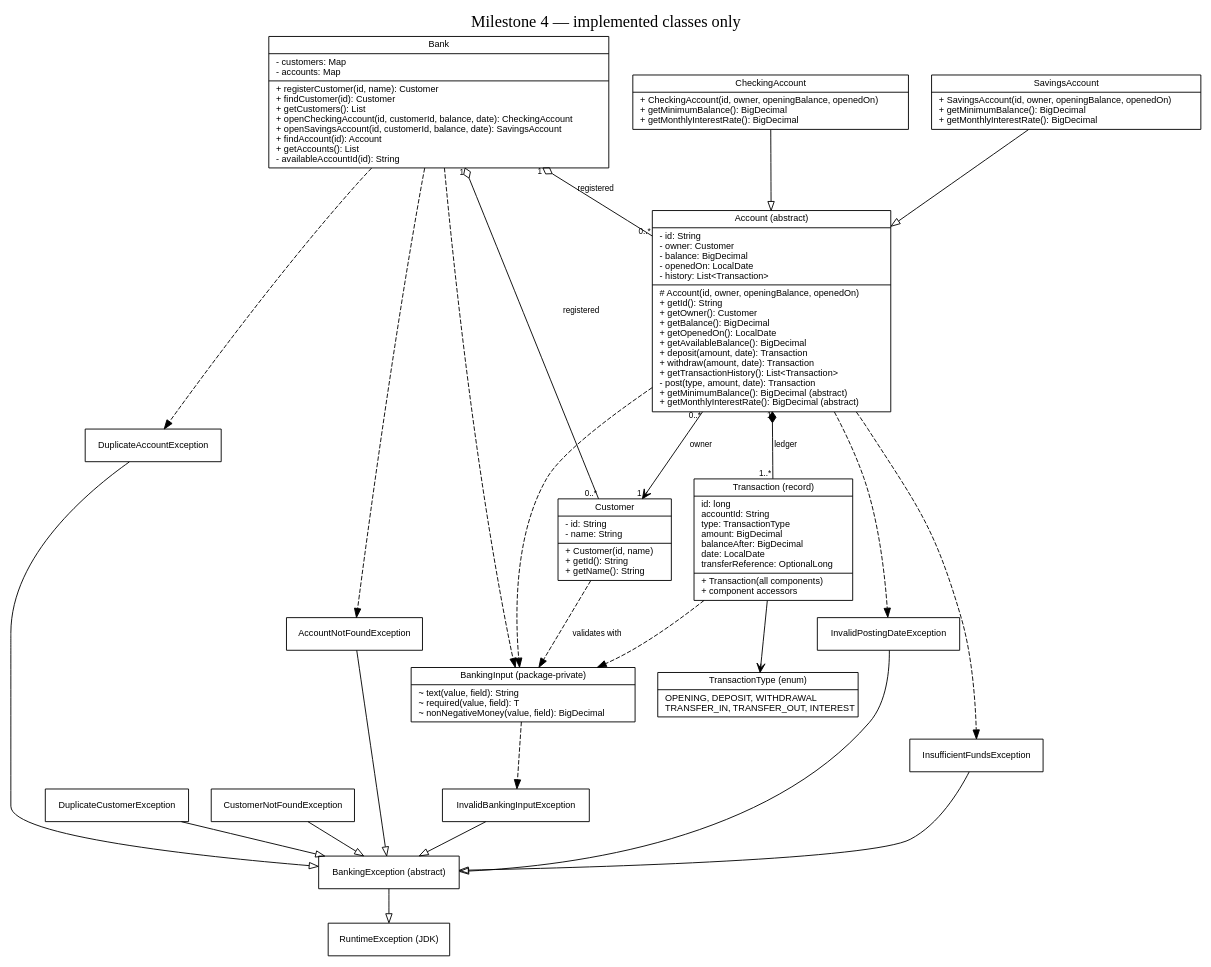
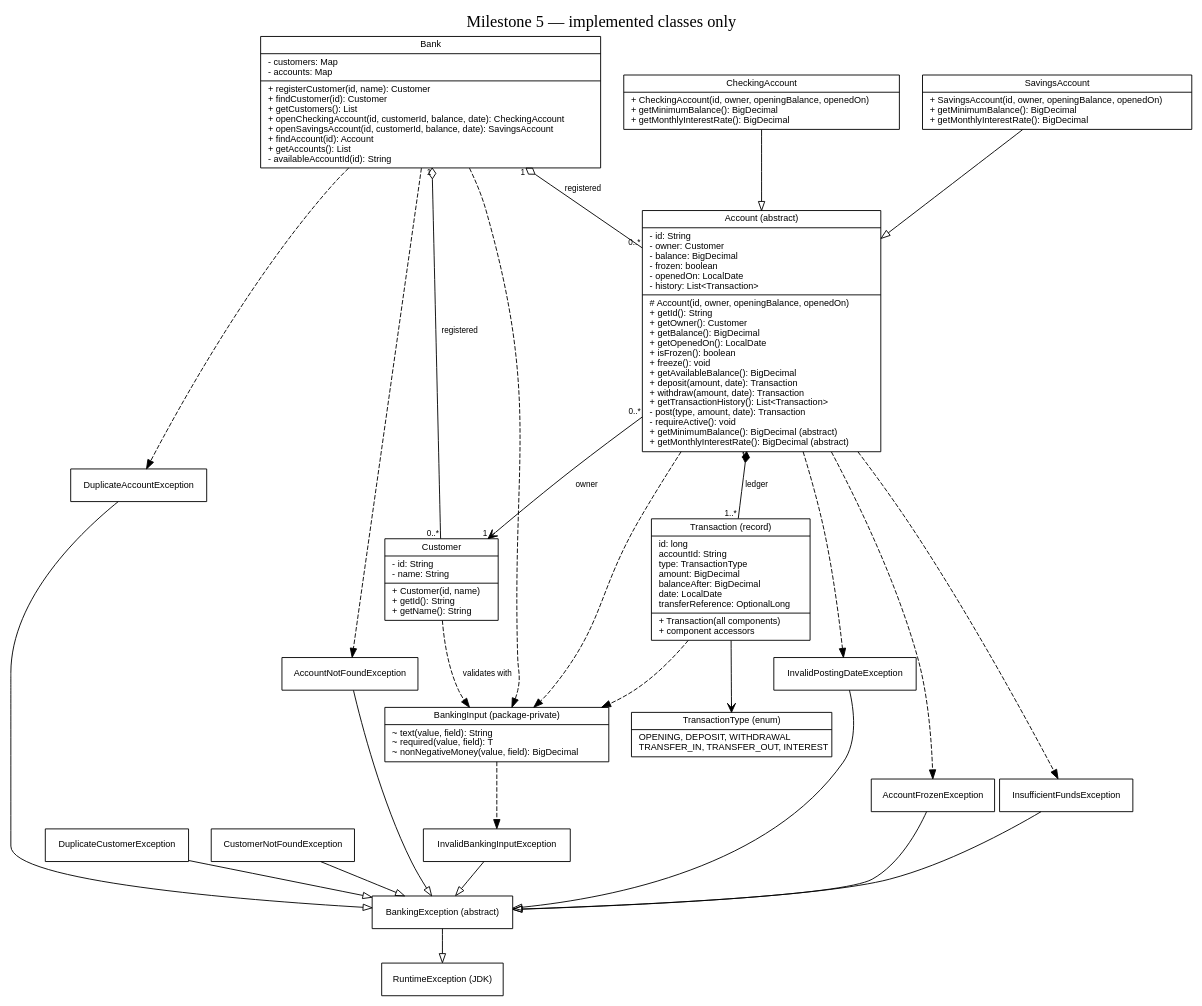
The diagram in docs/current-uml.dot (Mo3azGad/banking-management-system), drawn with Graphviz before and after one commit. The commit also changed 14 other files, not shown here.

Commit message:
Freeze accounts and reject postings without changing financial history

```diff
--- a/docs/current-uml.dot
+++ b/docs/current-uml.dot
@@ -1,46 +1,49 @@
 digraph Current {
- graph [rankdir=TB, label="Milestone 4 — implemented classes only", labelloc=t, fontsize=18, bgcolor="white", nodesep=0.35];
+ graph [rankdir=TB, label="Milestone 5 — implemented classes only", labelloc=t, fontsize=18, bgcolor="white", nodesep=0.35];
  node [shape=record, fontname="Helvetica", fontsize=10];
  edge [fontname="Helvetica", fontsize=9];
  Bank [label="{Bank|- customers: Map\l- accounts: Map\l|+ registerCustomer(id, name): Customer\l+ findCustomer(id): Customer\l+ getCustomers(): List\l+ openCheckingAccount(id, customerId, balance, date): CheckingAccount\l+ openSavingsAccount(id, customerId, balance, date): SavingsAccount\l+ findAccount(id): Account\l+ getAccounts(): List\l- availableAccountId(id): String\l}"];
  Customer [label="{Customer|- id: String\l- name: String\l|+ Customer(id, name)\l+ getId(): String\l+ getName(): String\l}"];
- Account [label="{Account (abstract)|- id: String\l- owner: Customer\l- balance: BigDecimal\l- openedOn: LocalDate\l- history: List\<Transaction\>\l|# Account(id, owner, openingBalance, openedOn)\l+ getId(): String\l+ getOwner(): Customer\l+ getBalance(): BigDecimal\l+ getOpenedOn(): LocalDate\l+ getAvailableBalance(): BigDecimal\l+ deposit(amount, date): Transaction\l+ withdraw(amount, date): Transaction\l+ getTransactionHistory(): List\<Transaction\>\l- post(type, amount, date): Transaction\l+ getMinimumBalance(): BigDecimal (abstract)\l+ getMonthlyInterestRate(): BigDecimal (abstract)\l}"];
+ Account [label="{Account (abstract)|- id: String\l- owner: Customer\l- balance: BigDecimal\l- frozen: boolean\l- openedOn: LocalDate\l- history: List\<Transaction\>\l|# Account(id, owner, openingBalance, openedOn)\l+ getId(): String\l+ getOwner(): Customer\l+ getBalance(): BigDecimal\l+ getOpenedOn(): LocalDate\l+ isFrozen(): boolean\l+ freeze(): void\l+ getAvailableBalance(): BigDecimal\l+ deposit(amount, date): Transaction\l+ withdraw(amount, date): Transaction\l+ getTransactionHistory(): List\<Transaction\>\l- post(type, amount, date): Transaction\l- requireActive(): void\l+ getMinimumBalance(): BigDecimal (abstract)\l+ getMonthlyInterestRate(): BigDecimal (abstract)\l}"];
  CheckingAccount [label="{CheckingAccount|+ CheckingAccount(id, owner, openingBalance, openedOn)\l+ getMinimumBalance(): BigDecimal\l+ getMonthlyInterestRate(): BigDecimal\l}"];
  SavingsAccount [label="{SavingsAccount|+ SavingsAccount(id, owner, openingBalance, openedOn)\l+ getMinimumBalance(): BigDecimal\l+ getMonthlyInterestRate(): BigDecimal\l}"];
  Transaction [label="{Transaction (record)|id: long\laccountId: String\ltype: TransactionType\lamount: BigDecimal\lbalanceAfter: BigDecimal\ldate: LocalDate\ltransferReference: OptionalLong\l|+ Transaction(all components)\l+ component accessors\l}"];
  TransactionType [label="{TransactionType (enum)|OPENING, DEPOSIT, WITHDRAWAL\lTRANSFER_IN, TRANSFER_OUT, INTEREST\l}"];
  BankingInput [label="{BankingInput (package-private)|~ text(value, field): String\l~ required(value, field): T\l~ nonNegativeMoney(value, field): BigDecimal\l}"];
  BankingException [label="BankingException (abstract)"];
  InvalidBankingInputException [label="InvalidBankingInputException"];
  DuplicateCustomerException [label="DuplicateCustomerException"];
  CustomerNotFoundException [label="CustomerNotFoundException"];
  InsufficientFundsException [label="InsufficientFundsException"];
  InvalidPostingDateException [label="InvalidPostingDateException"];
  DuplicateAccountException [label="DuplicateAccountException"];
  AccountNotFoundException [label="AccountNotFoundException"];
+ AccountFrozenException [label="AccountFrozenException"];
  RuntimeException [label="RuntimeException (JDK)"];
  Bank -> Customer [arrowhead=none, arrowtail=odiamond, dir=both, taillabel="1", headlabel="0..*", label="registered"];
  Bank -> Account [arrowhead=none, arrowtail=odiamond, dir=both, taillabel="1", headlabel="0..*", label="registered"];
  Account -> Customer [arrowhead=vee, taillabel="0..*", headlabel="1", label="owner"];
  CheckingAccount -> Account [arrowhead=empty];
  SavingsAccount -> Account [arrowhead=empty];
  Account -> Transaction [arrowhead=none, arrowtail=diamond, dir=both, taillabel="1", headlabel="1..*", label="ledger"];
  Transaction -> TransactionType [arrowhead=vee];
  Customer -> BankingInput [style=dashed, label="validates with"];
  Bank -> BankingInput [style=dashed];
  Account -> BankingInput [style=dashed];
  Transaction -> BankingInput [style=dashed];
  InvalidBankingInputException -> BankingException [arrowhead=empty];
  DuplicateCustomerException -> BankingException [arrowhead=empty];
  CustomerNotFoundException -> BankingException [arrowhead=empty];
  InsufficientFundsException -> BankingException [arrowhead=empty];
  InvalidPostingDateException -> BankingException [arrowhead=empty];
  Account -> InsufficientFundsException [style=dashed];
  Account -> InvalidPostingDateException [style=dashed];
  DuplicateAccountException -> BankingException [arrowhead=empty];
  AccountNotFoundException -> BankingException [arrowhead=empty];
  Bank -> DuplicateAccountException [style=dashed];
  Bank -> AccountNotFoundException [style=dashed];
+ AccountFrozenException -> BankingException [arrowhead=empty];
+ Account -> AccountFrozenException [style=dashed];
  BankingException -> RuntimeException [arrowhead=empty];
  BankingInput -> InvalidBankingInputException [style=dashed];
 }
```
